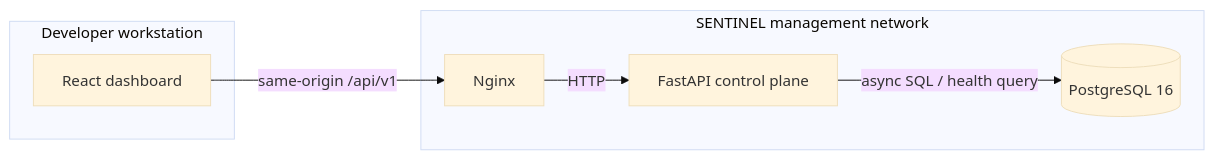
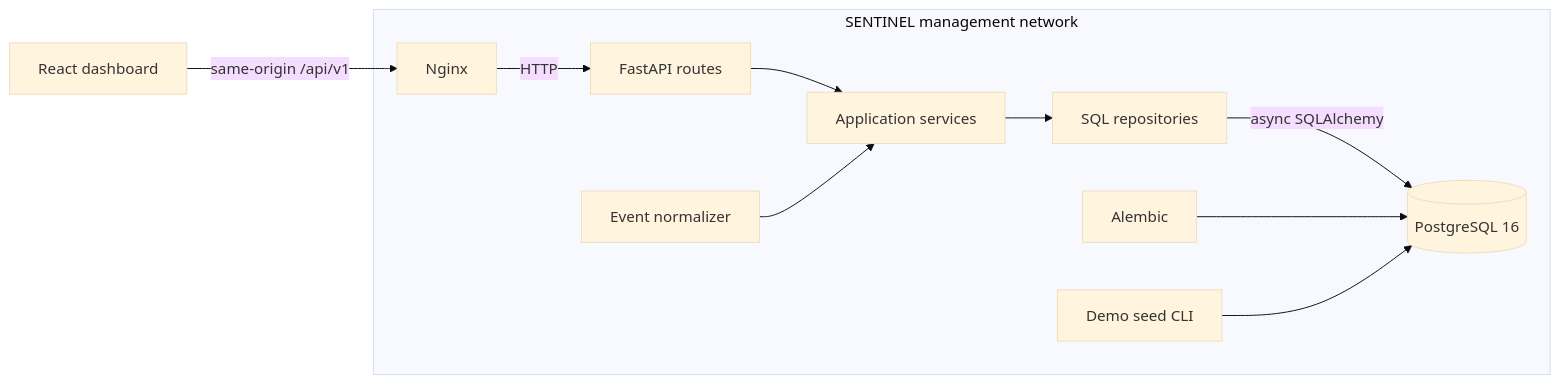
The first of 3 diagrams in docs/architecture.md (Mayroskapnos/sentinel-security-platform), drawn with Mermaid (base theme) before and after one commit. The commit also changed other lines of this file and 60 other files, not shown here.

````diff
--- a/docs/architecture.md
+++ b/docs/architecture.md
@@ -7,16 +7,22 @@
 ```mermaid
 flowchart LR
     Browser[React dashboard] -->|same-origin /api/v1| Proxy[Nginx]
-    Proxy -->|HTTP| API[FastAPI control plane]
-    API -->|async SQL / health query| DB[(PostgreSQL 16)]
-
-    subgraph Host[Developer workstation]
-        Browser
-    end
+    Proxy -->|HTTP| API[FastAPI routes]
+    API --> Service[Application services]
+    Service --> Repository[SQL repositories]
+    Repository -->|async SQLAlchemy| DB[(PostgreSQL 16)]
+    Normalizer[Event normalizer] --> Service
+    Migration[Alembic] --> DB
+    Seeder[Demo seed CLI] --> DB
 
     subgraph Docker[SENTINEL management network]
         Proxy
         API
+        Service
+        Repository
+        Normalizer
         DB
+        Migration
+        Seeder
     end
 ```
````
